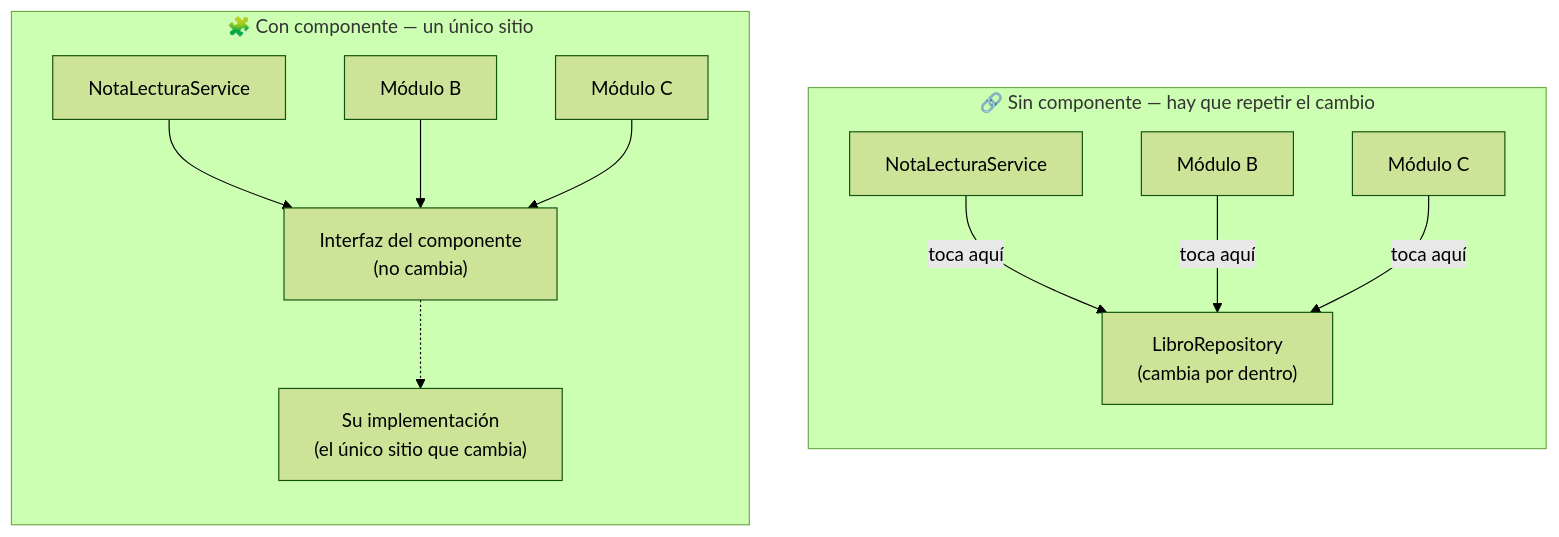
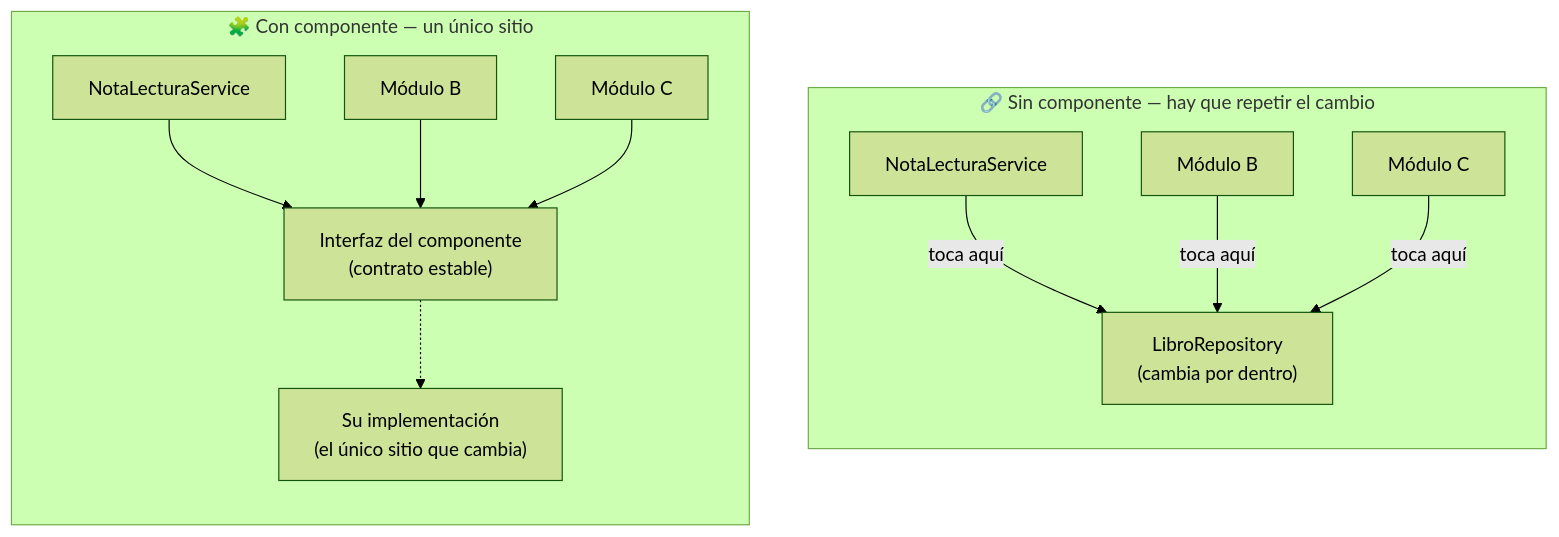
One commit to aitorventura/acceso-a-datos changed the first of 2 diagrams in docs/tema4/componentes-conectores-orm.md. Above: the diagram before and after it, drawn with Mermaid (forest theme). The commit also changed other lines of this file and 10 other files, not shown here.

````diff
--- a/docs/tema4/componentes-conectores-orm.md
+++ b/docs/tema4/componentes-conectores-orm.md
@@ -93,19 +93,19 @@
 ```mermaid
 flowchart TB
     subgraph Sin["🔗 Sin componente — hay que repetir el cambio"]
         direction TB
         R1["LibroRepository<br/>(cambia por dentro)"]
         M1["NotaLecturaService"] -->|"toca aquí"| R1
         M2["Módulo B"] -->|"toca aquí"| R1
         M3["Módulo C"] -->|"toca aquí"| R1
     end
     subgraph Con["🧩 Con componente — un único sitio"]
         direction TB
-        I2["Interfaz del componente<br/>(no cambia)"]
+        I2["Interfaz del componente<br/>(contrato estable)"]
         IMPL2["Su implementación<br/>(el único sitio que cambia)"]
         N1["NotaLecturaService"] --> I2
         N2["Módulo B"] --> I2
         N3["Módulo C"] --> I2
         I2 -.-> IMPL2
     end
 ```
````
